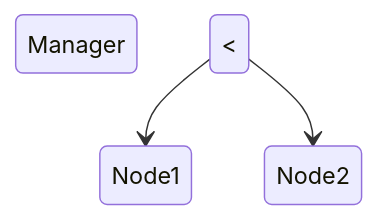
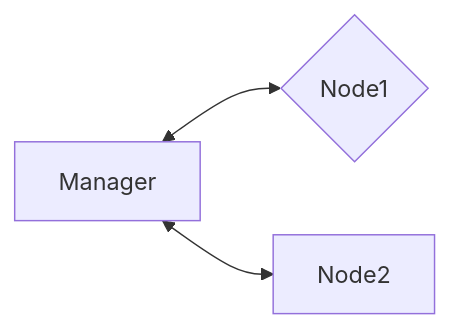
The first of 2 diagrams in docs/container/docker/swarm.md (cowadar/wiki), drawn with Mermaid before and after one commit. The commit also changed other lines of this file, not shown here.

````diff
--- a/docs/container/docker/swarm.md
+++ b/docs/container/docker/swarm.md
@@ -17,7 +17,5 @@
 ``` mermaid
-stateDiagram-v2
-  state fork_state <<manager>>
-    Manager
-    Manager <--> Node1
-    Manager <--> Node2
+graph LR
+  A[Manager] <--> B{Node1};
+  A[Manager] <--> C[Node2];
 ```
````
